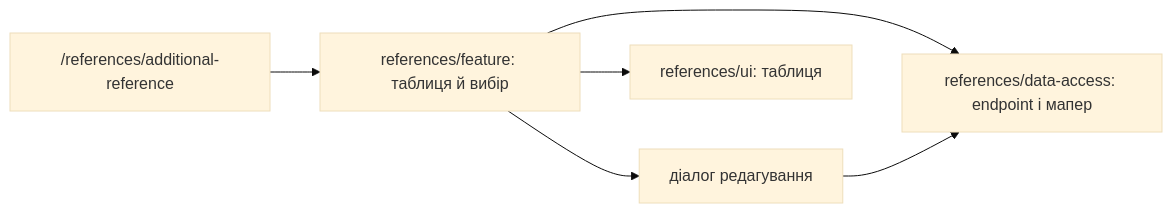
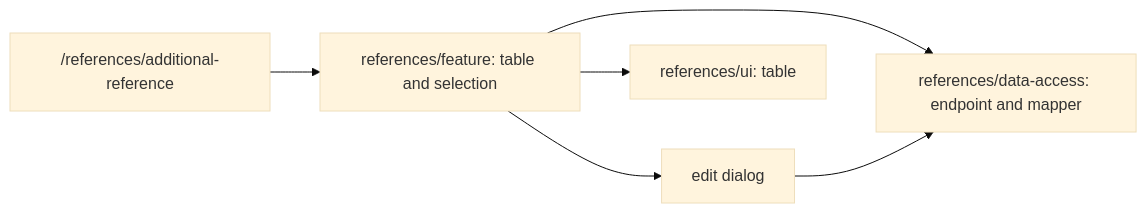
One commit to Weretik/brevi-web changed the diagram in docs/features/admin/references/additional-references.md. Above: the diagram before and after it, drawn with Mermaid (base theme). The commit also changed other lines of this file and 52 other files, not shown here.

Commit message:
docs(frontend): reconcile architecture and feature guidance

````diff
--- a/docs/features/admin/references/additional-references.md
+++ b/docs/features/admin/references/additional-references.md
@@ -9,8 +13,8 @@
 ```mermaid
 flowchart LR
-  Route["/references/additional-reference"] --> Page["references/feature: таблиця й вибір"]
-  Page --> Dialog["діалог редагування"]
-  Page --> UI["references/ui: таблиця"]
-  Page --> Data["references/data-access: endpoint і мапер"]
+  Route["/references/additional-reference"] --> Page["references/feature: table and selection"]
+  Page --> Dialog["edit dialog"]
+  Page --> UI["references/ui: table"]
+  Page --> Data["references/data-access: endpoint and mapper"]
   Dialog --> Data
 ```
````
